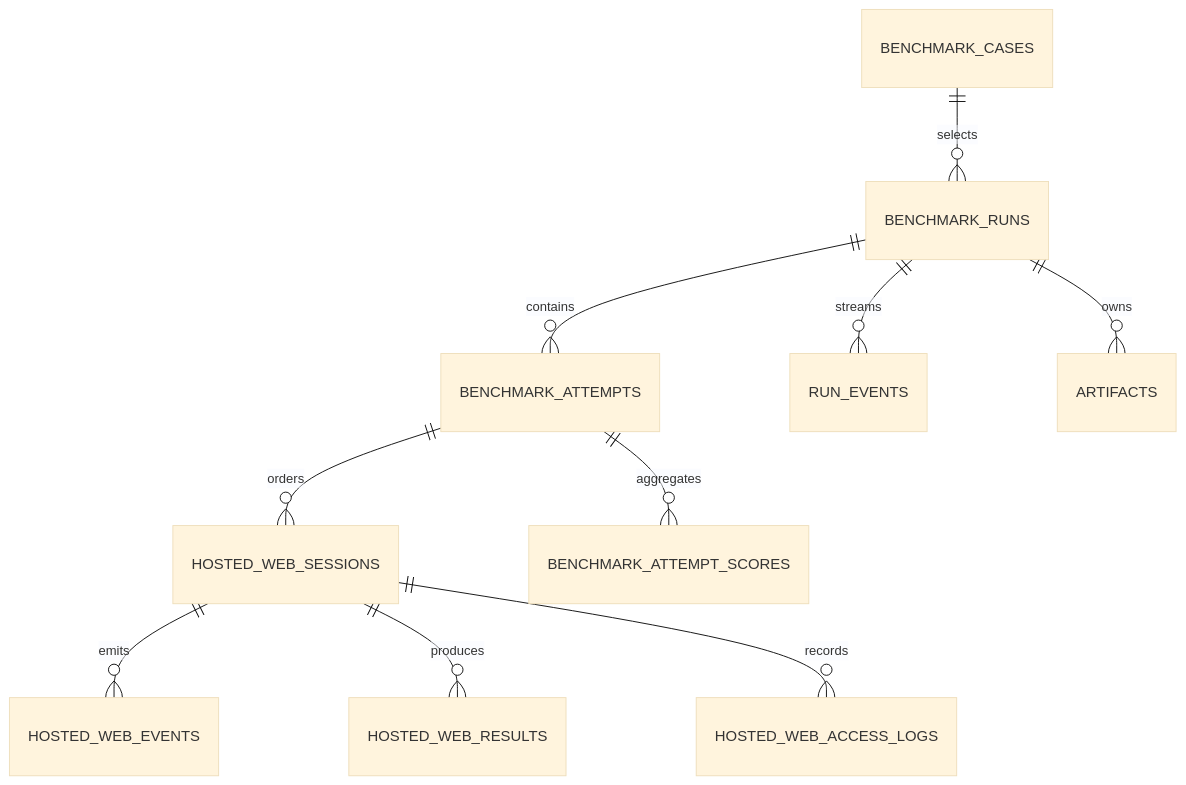
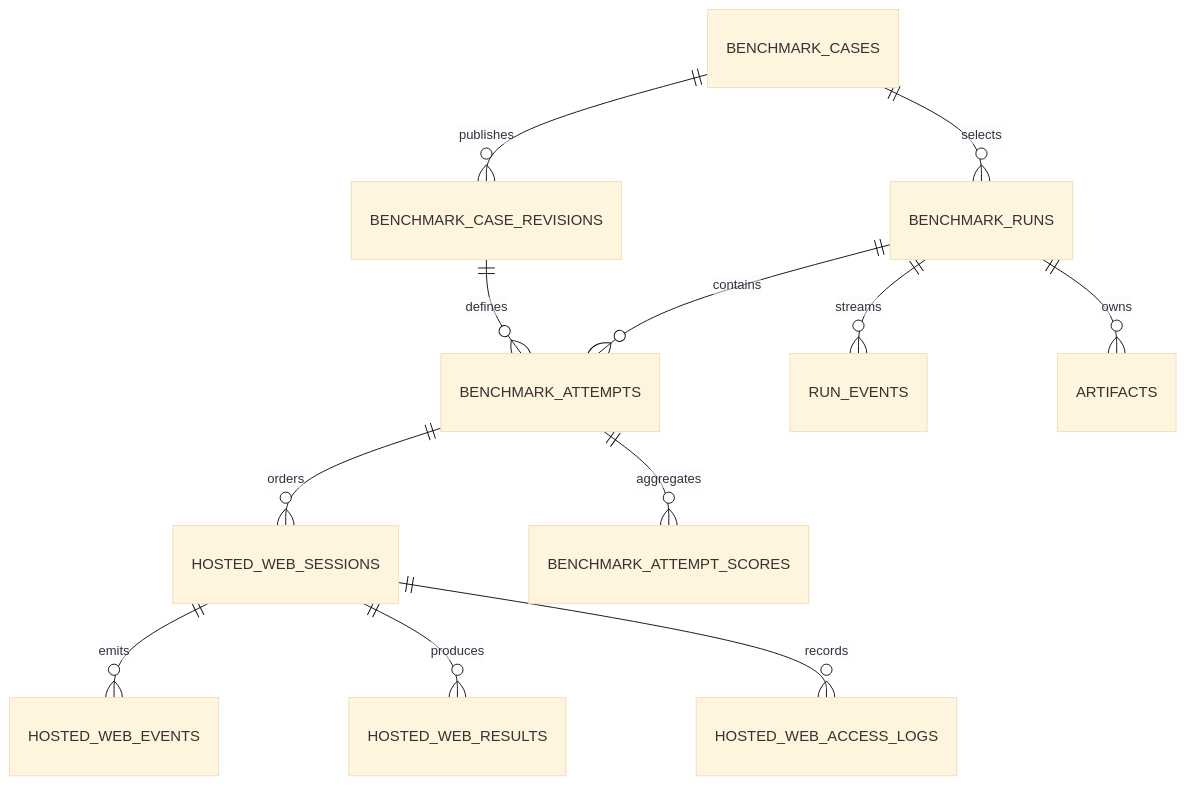
One commit to Kaiwen0418/agent-benchmark changed the first of 3 diagrams in docs/data-model.md. Above: the diagram before and after it, drawn with Mermaid (base theme). The commit also changed other lines of this file and 27 other files, not shown here.

Commit message:
feat(benchmark): publish immutable case revisions (#65)

````diff
--- a/docs/data-model.md
+++ b/docs/data-model.md
@@ -5,12 +5,14 @@
 ```mermaid
 erDiagram
   BENCHMARK_CASES ||--o{ BENCHMARK_RUNS : selects
+  BENCHMARK_CASES ||--o{ BENCHMARK_CASE_REVISIONS : publishes
+  BENCHMARK_CASE_REVISIONS ||--o{ BENCHMARK_ATTEMPTS : defines
   BENCHMARK_RUNS ||--o{ BENCHMARK_ATTEMPTS : contains
   BENCHMARK_ATTEMPTS ||--o{ HOSTED_WEB_SESSIONS : orders
   HOSTED_WEB_SESSIONS ||--o{ HOSTED_WEB_EVENTS : emits
   HOSTED_WEB_SESSIONS ||--o{ HOSTED_WEB_RESULTS : produces
   BENCHMARK_ATTEMPTS ||--o{ BENCHMARK_ATTEMPT_SCORES : aggregates
   HOSTED_WEB_SESSIONS ||--o{ HOSTED_WEB_ACCESS_LOGS : records
   BENCHMARK_RUNS ||--o{ RUN_EVENTS : streams
   BENCHMARK_RUNS ||--o{ ARTIFACTS : owns
 ```
````
